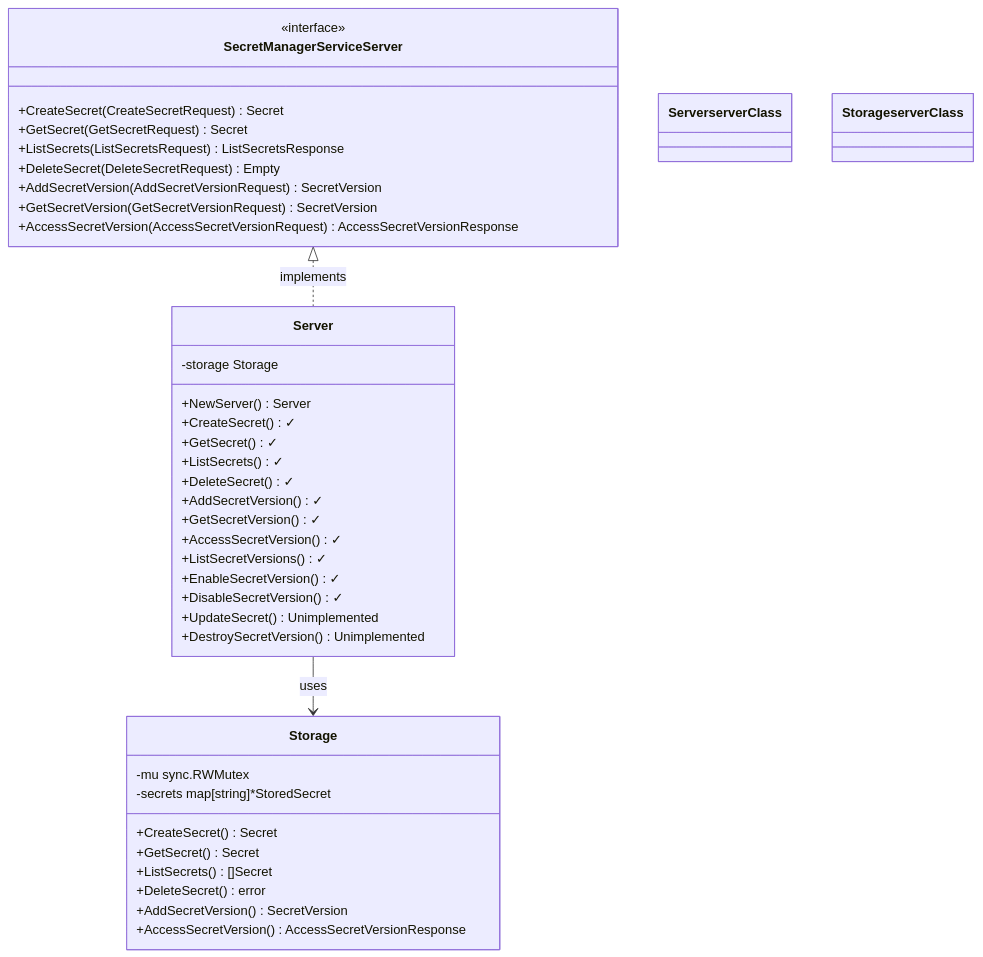
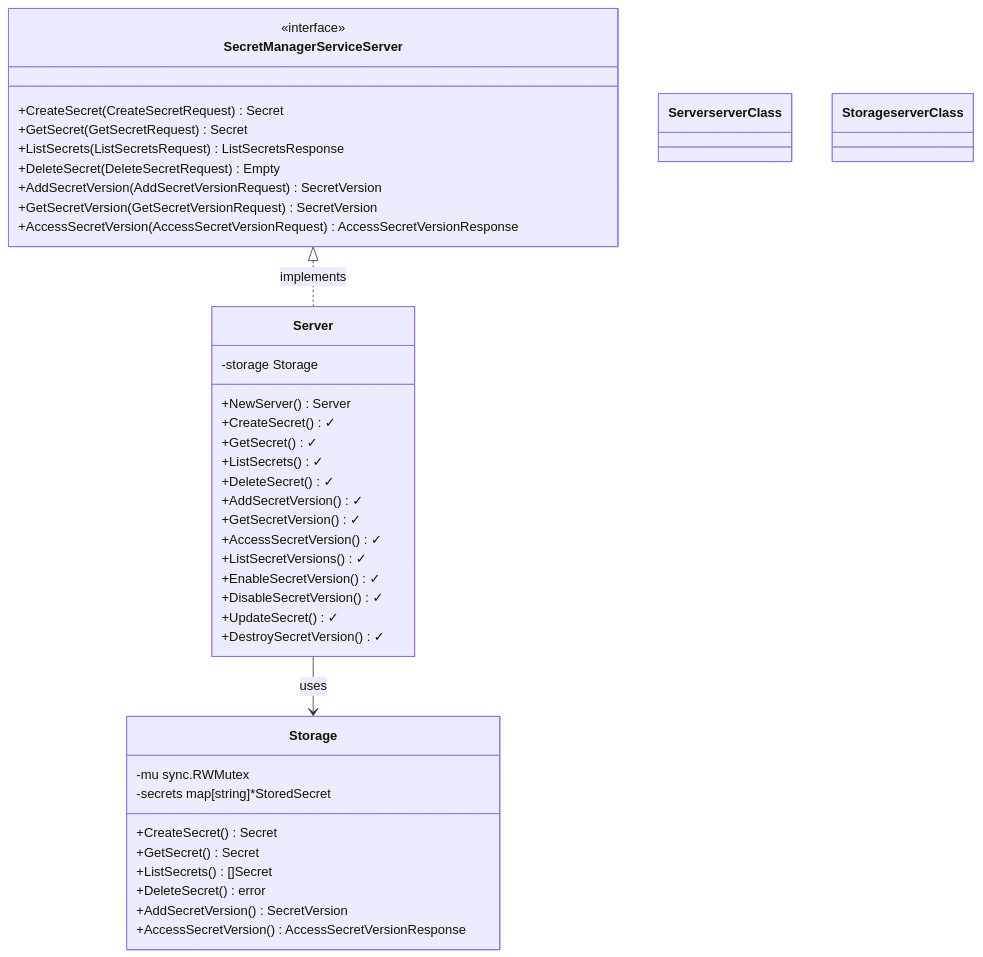
One commit to blackwell-systems/gcp-secret-manager-emulator changed the second of 12 diagrams in docs/ARCHITECTURE.md. Above: the diagram before and after it, drawn with Mermaid. The commit also changed other lines of this file and 10 other files, not shown here.

First line of the commit message:
Implement UpdateSecret and DestroySecretVersion

````diff
--- a/docs/ARCHITECTURE.md
+++ b/docs/ARCHITECTURE.md
@@ -61,48 +61,48 @@
 ```mermaid
 classDiagram
     class SecretManagerServiceServer {
         <<interface>>
         +CreateSecret(CreateSecretRequest) Secret
         +GetSecret(GetSecretRequest) Secret
         +ListSecrets(ListSecretsRequest) ListSecretsResponse
         +DeleteSecret(DeleteSecretRequest) Empty
         +AddSecretVersion(AddSecretVersionRequest) SecretVersion
         +GetSecretVersion(GetSecretVersionRequest) SecretVersion
         +AccessSecretVersion(AccessSecretVersionRequest) AccessSecretVersionResponse
     }
 
     class Server {
         -storage Storage
         +NewServer() Server
         +CreateSecret() ✓
         +GetSecret() ✓
         +ListSecrets() ✓
         +DeleteSecret() ✓
         +AddSecretVersion() ✓
         +GetSecretVersion() ✓
         +AccessSecretVersion() ✓
         +ListSecretVersions() ✓
         +EnableSecretVersion() ✓
         +DisableSecretVersion() ✓
-        +UpdateSecret() Unimplemented
-        +DestroySecretVersion() Unimplemented
+        +UpdateSecret() ✓
+        +DestroySecretVersion() ✓
     }
 
     class Storage {
         -mu sync.RWMutex
         -secrets map[string]*StoredSecret
         +CreateSecret() Secret
         +GetSecret() Secret
         +ListSecrets() []Secret
         +DeleteSecret() error
         +AddSecretVersion() SecretVersion
         +AccessSecretVersion() AccessSecretVersionResponse
     }
 
     SecretManagerServiceServer <|.. Server : implements
     Server --> Storage : uses
 
     classDef serverClass fill:#1a472a,stroke:#2ea043,stroke-width:2px
     class Server serverClass
     class Storage serverClass
 ```
````
